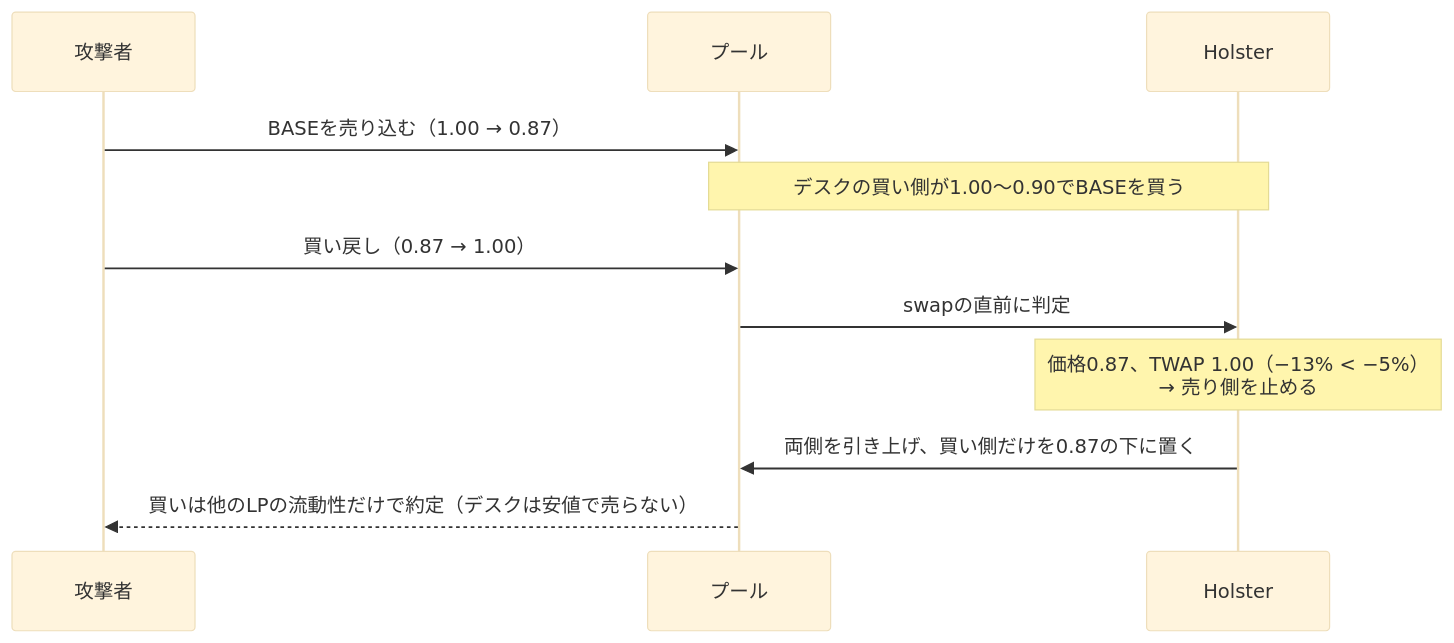
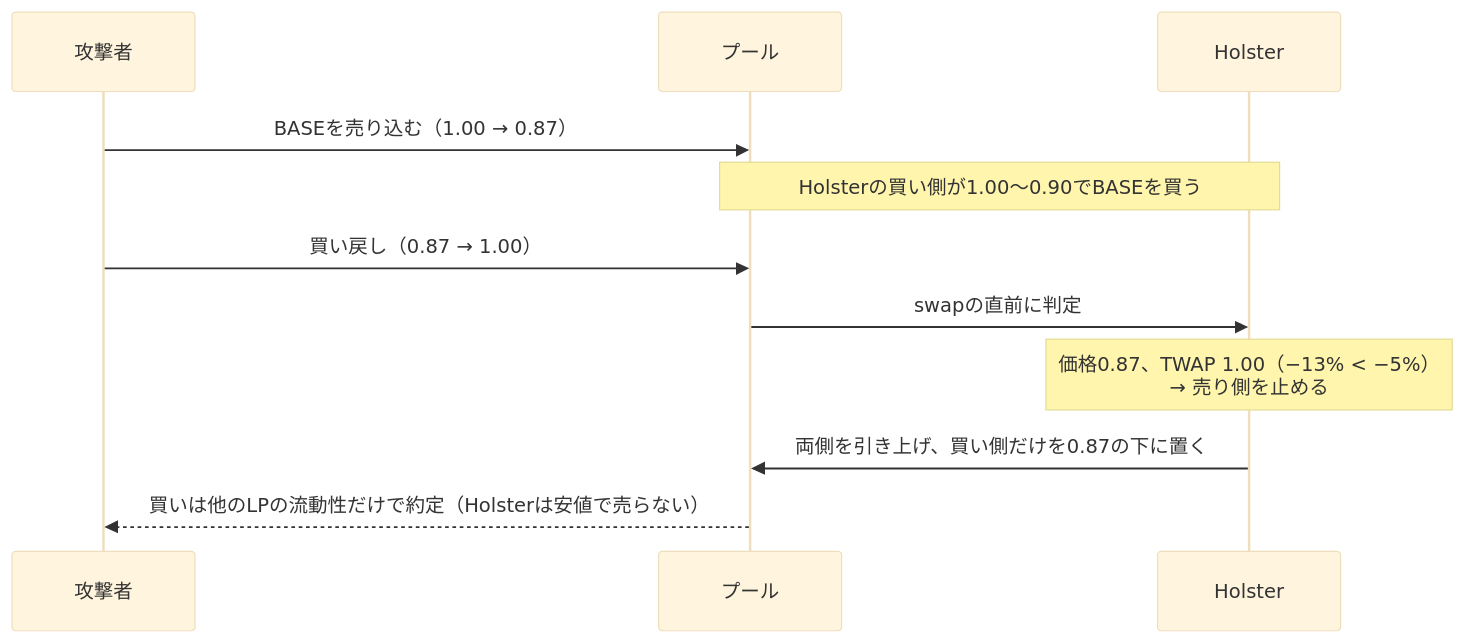
Before and after one commit to yuta-mine/holster: the second of 2 diagrams in README.ja.md, drawn with Mermaid (base theme). The commit also changed other lines of this file and 2 other files, not shown here.

````diff
--- a/README.ja.md
+++ b/README.ja.md
@@ -69,13 +71,13 @@
 ```mermaid
 sequenceDiagram
     participant A as 攻撃者
     participant P as プール
     participant H as Holster
     A->>P: BASEを売り込む（1.00 → 0.87）
-    Note over P,H: デスクの買い側が1.00〜0.90でBASEを買う
+    Note over P,H: Holsterの買い側が1.00〜0.90でBASEを買う
     A->>P: 買い戻し（0.87 → 1.00）
     P->>H: swapの直前に判定
     Note over H: 価格0.87、TWAP 1.00（−13% < −5%）<br/>→ 売り側を止める
     H->>P: 両側を引き上げ、買い側だけを0.87の下に置く
-    P-->>A: 買いは他のLPの流動性だけで約定（デスクは安値で売らない）
+    P-->>A: 買いは他のLPの流動性だけで約定（Holsterは安値で売らない）
 ```
````
